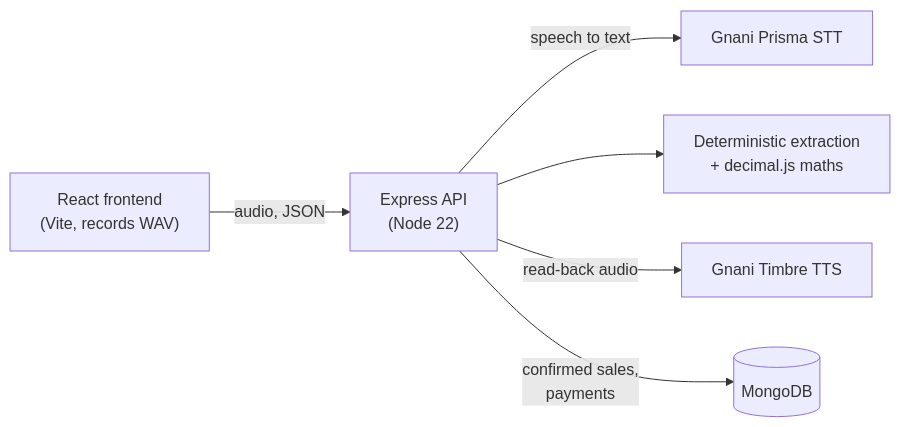
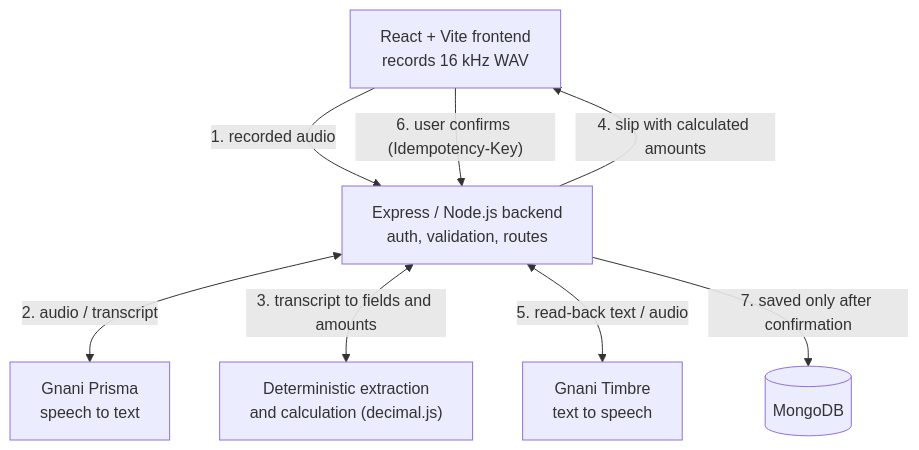
One commit to JiteshJain123/MandiMitra-AI changed the diagram in README.md. Above: the diagram before and after it, drawn with Mermaid. The commit also changed other lines of this file, not shown here.

First line of the commit message:
docs: redesign README header, screenshot gallery and architecture diagram

````diff
--- a/README.md
+++ b/README.md
@@ -83,8 +90,17 @@
 ```mermaid
-flowchart LR
-    U["React frontend<br/>(Vite, records WAV)"] -->|"audio, JSON"| A["Express API<br/>(Node 22)"]
-    A -->|"speech to text"| P["Gnani Prisma STT"]
-    A --> E["Deterministic extraction<br/>+ decimal.js maths"]
-    A -->|"read-back audio"| T["Gnani Timbre TTS"]
-    A -->|"confirmed sales,<br/>payments"| M[("MongoDB")]
+flowchart TD
+    FE["React + Vite frontend<br/>records 16 kHz WAV"]
+    API["Express / Node.js backend<br/>auth, validation, routes"]
+    STT["Gnani Prisma<br/>speech to text"]
+    EX["Deterministic extraction<br/>and calculation (decimal.js)"]
+    TTS["Gnani Timbre<br/>text to speech"]
+    DB[("MongoDB")]
+
+    FE -->|"1. recorded audio"| API
+    API <-->|"2. audio / transcript"| STT
+    API <-->|"3. transcript to fields and amounts"| EX
+    API -->|"4. slip with calculated amounts"| FE
+    API <-->|"5. read-back text / audio"| TTS
+    FE -->|"6. user confirms (Idempotency-Key)"| API
+    API -->|"7. saved only after confirmation"| DB
 ```
````
